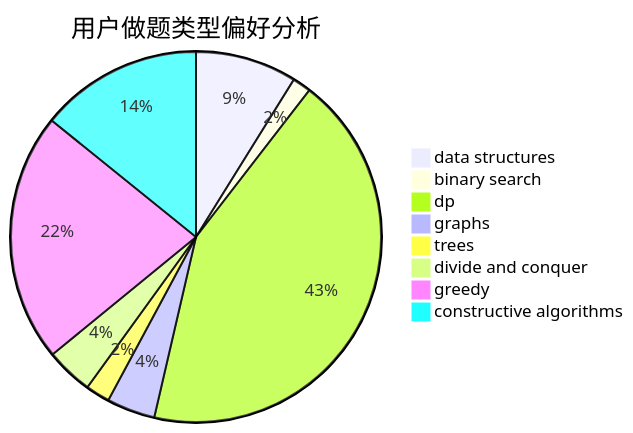
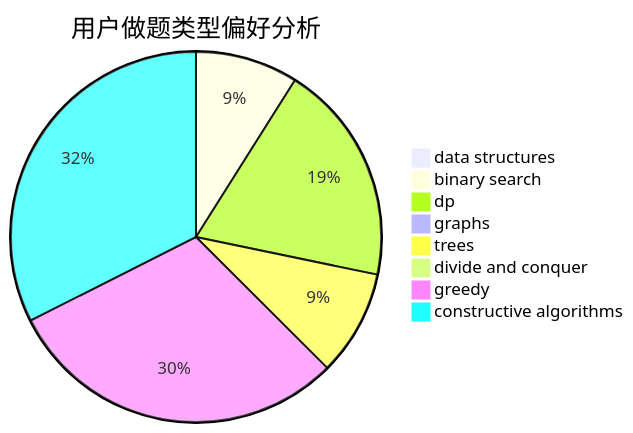
One commit to sherpahu/cfrs.github.io changed the second of 3 diagrams in docs/user/u625.md. Above: the diagram before and after it, drawn with Mermaid. The commit also changed other lines of this file and 2770 other files, not shown here.

````diff
--- a/docs/user/u625.md
+++ b/docs/user/u625.md
@@ -23,11 +23,11 @@
 ```mermaid
 pie title 用户做题类型偏好分析
-    "data structures" :  88
-    "binary search" :  16
-    "dp" :  429
-    "graphs" :  42
-    "trees" :  21
-    "divide and conquer" :  41
-    "greedy" :  216
-    "constructive algorithms" :  141
+    "data structures" :  6
+    "binary search" :  103
+    "dp" :  222
+    "graphs" :  2
+    "trees" :  106
+    "divide and conquer" :  0
+    "greedy" :  346
+    "constructive algorithms" :  373
 ```
````
